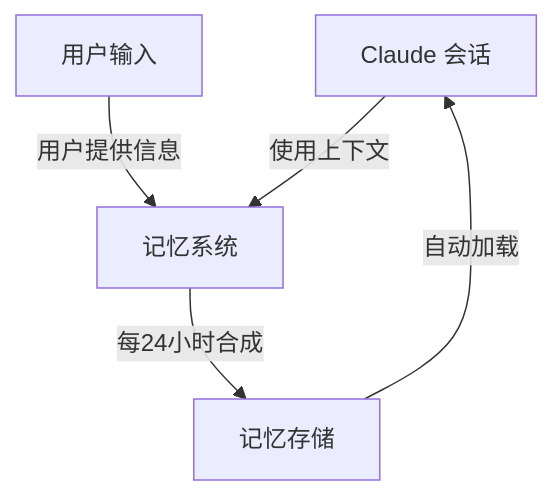
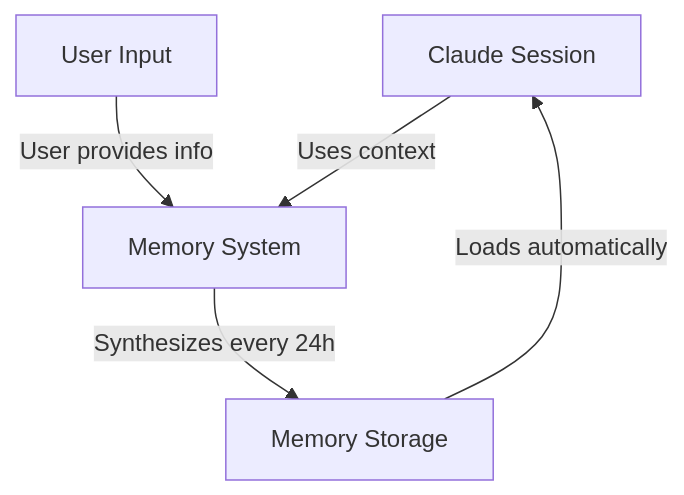
Before and after one commit to Rx782-Fss/claude-howto-zh: the first of 5 diagrams in 02-memory/README.md, drawn with Mermaid. The commit also changed other lines of this file and 104 other files, not shown here.

````diff
--- a/02-memory/README.md
+++ b/02-memory/README.md
@@ -165,12 +208,12 @@
 ```mermaid
 graph TB
-    A["Claude 会话"]
-    B["用户输入"]
-    C["记忆系统"]
-    D["记忆存储"]
+    A["Claude Session"]
+    B["User Input"]
+    C["Memory System"]
+    D["Memory Storage"]
 
-    B -->|用户提供信息| C
-    C -->|每24小时合成| D
-    D -->|自动加载| A
-    A -->|使用上下文| C
+    B -->|User provides info| C
+    C -->|Synthesizes every 24h| D
+    D -->|Loads automatically| A
+    A -->|Uses context| C
 ```
````
